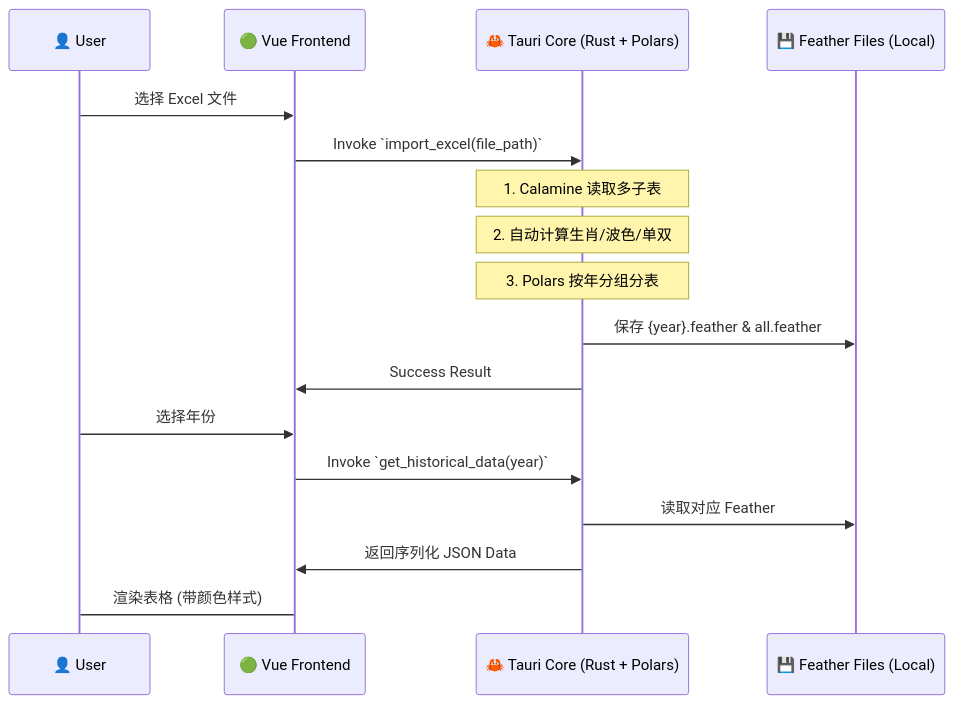
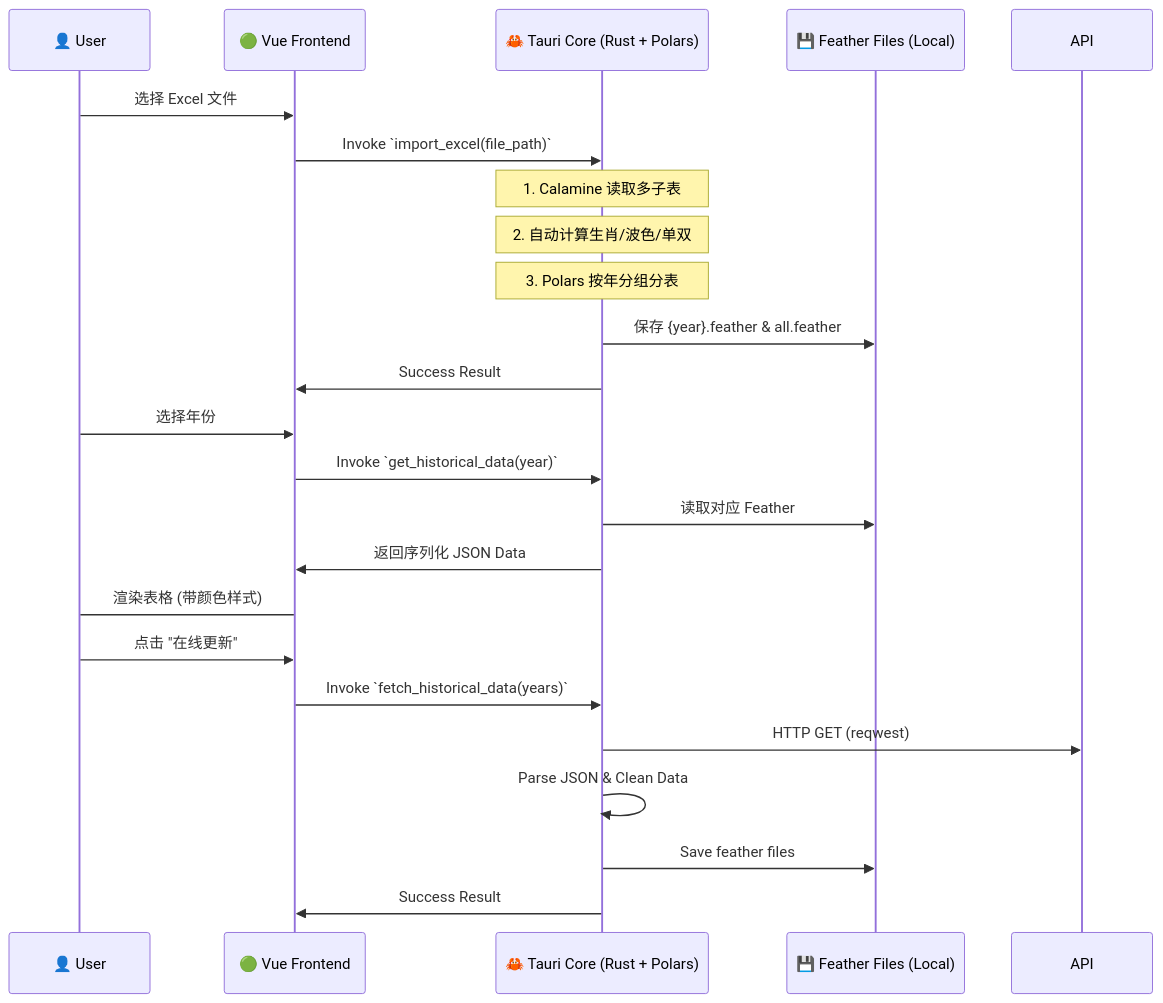
The diagram in docs/TECH_ DESIGN.md (RobustH/mark-six), drawn with Mermaid before and after one commit. The commit also changed other lines of this file and 1 other file, not shown here.

````diff
--- a/docs/TECH_ DESIGN.md
+++ b/docs/TECH_ DESIGN.md
@@ -60,23 +60,31 @@
 ```mermaid
 sequenceDiagram
     participant User as 👤 User
     participant Vue as 🟢 Vue Frontend
     participant Rust as 🦀 Tauri Core (Rust + Polars)
     participant DB as 💾 Feather Files (Local)
 
     %% 场景：Excel 导入
     User->>Vue: 选择 Excel 文件
     Vue->>Rust: Invoke `import_excel(file_path)`
     Note over Rust: 1. Calamine 读取多子表
     Note over Rust: 2. 自动计算生肖/波色/单双
     Note over Rust: 3. Polars 按年分组分表
     Rust->>DB: 保存 {year}.feather & all.feather
     Rust->>Vue: Success Result
     
     %% 场景：查看数据
     User->>Vue: 选择年份
     Vue->>Rust: Invoke `get_historical_data(year)`
     Rust->>DB: 读取对应 Feather
     Rust->>Vue: 返回序列化 JSON Data
     Vue->User: 渲染表格 (带颜色样式)
+    
+    %% 场景：在线更新
+    User->>Vue: 点击 "在线更新"
+    Vue->>Rust: Invoke `fetch_historical_data(years)`
+    Rust->>API: HTTP GET (reqwest)
+    Rust->>Rust: Parse JSON & Clean Data
+    Rust->>DB: Save feather files
+    Rust->>Vue: Success Result
 ```
````
